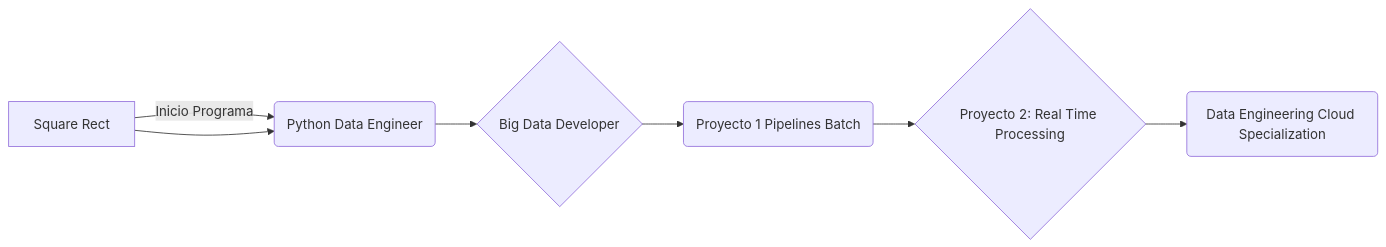
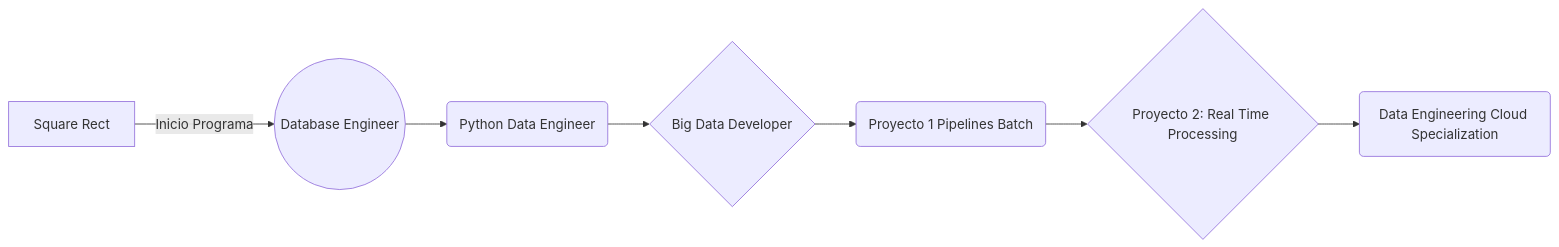
One commit to iejuva/baseDATAPATH changed the diagram in README.md. Above: the diagram before and after it, drawn with Mermaid.

Commit message:
ajuste flow chart de programa data engineering data path

````diff
--- a/README.md
+++ b/README.md
@@ -9,9 +9,9 @@
 ```mermaid
 graph LR
 A[Square Rect] -- Inicio Programa --> B((Database Engineer))
-A --> B(Python Data Engineer)
-B --> C{Big Data Developer}
-C --> D(Proyecto 1 Pipelines Batch)
-D --> E{Proyecto 2: Real Time Processing}
-E --> F(Data Engineering Cloud Specialization)
+B --> C(Python Data Engineer)
+C --> D{Big Data Developer}
+D --> E(Proyecto 1 Pipelines Batch)
+E --> F{Proyecto 2: Real Time Processing}
+F --> G(Data Engineering Cloud Specialization)
 ```
````
